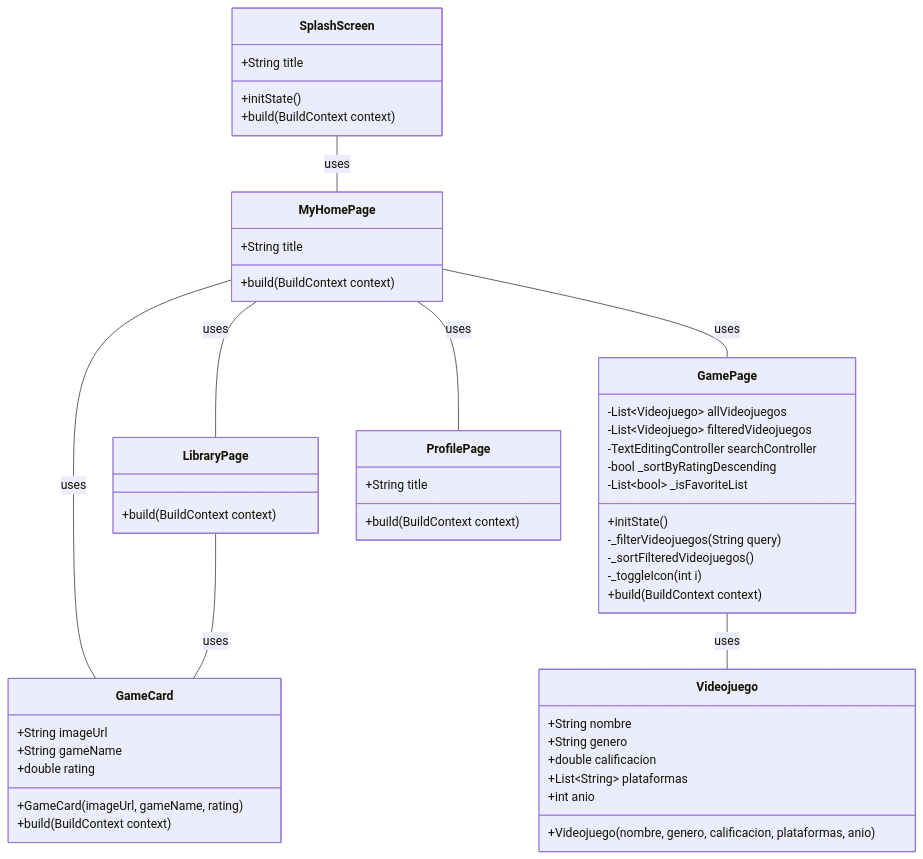
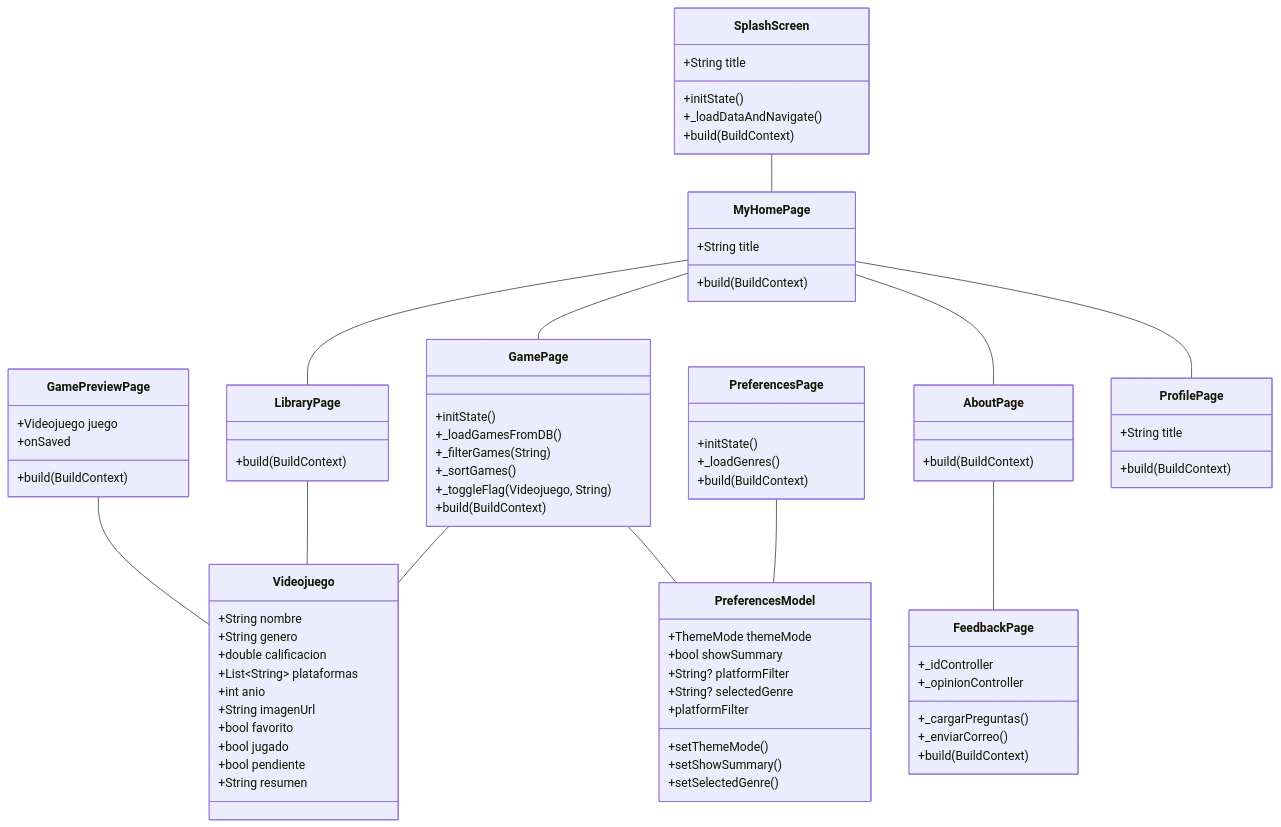
One commit to etoPok/dataNime changed the diagram in README.md. Above: the diagram before and after it, drawn with Mermaid. The commit also changed other lines of this file and 10 other files, not shown here.

````diff
--- a/README.md
+++ b/README.md
@@ -49,102 +59,93 @@
 ``` mermaid 
 classDiagram
-    class  Videojuego  {
-
+    class Videojuego {
         +String nombre
-
         +String genero
-
         +double calificacion
-
-        +List~String~  plataformas
-
+        +List~String~ plataformas
         +int anio
-
-        +Videojuego(nombre, genero, calificacion, plataformas, anio)
-
+        +String imagenUrl
+        +bool favorito
+        +bool jugado
+        +bool pendiente
+        +String resumen
     }
 
-    class  GamePage  {
-
-        -List~Videojuego~  allVideojuegos
-
-        -List~Videojuego~  filteredVideojuegos
-
-        -TextEditingController searchController
-
-        -bool _sortByRatingDescending
-
-        -List~bool~ _isFavoriteList
-
+    class GamePage {
         +initState()
-
-        -_filterVideojuegos(String query)
-
-        -_sortFilteredVideojuegos()
-
-        -_toggleIcon(int i)
-
-        +build(BuildContext context)
-
+        +_loadGamesFromDB()
+        +_filterGames(String)
+        +_sortGames()
+        +_toggleFlag(Videojuego, String)
+        +build(BuildContext)
     }
 
-    class  MyHomePage  {
-
-        +String title
-
-        +build(BuildContext context)
-
+    class LibraryPage {
+        +build(BuildContext)
     }
 
-    class  LibraryPage  {
-
-        +build(BuildContext context)
-
+    class GamePreviewPage {
+        +Videojuego juego
+        +onSaved
+        +build(BuildContext)
     }
 
-    class  ProfilePage  {
-
+    class MyHomePage {
         +String title
-
-        +build(BuildContext context)
-
+        +build(BuildContext)
     }
 
-    class  SplashScreen  {
-
-        +String title
-
-        +initState()
-
-        +build(BuildContext context)
-
+    class AboutPage {
+        +build(BuildContext)
     }
 
-    class  GameCard  {
-
-        +String imageUrl
-
-        +String gameName
-
-        +double rating
-
-        +GameCard(imageUrl, gameName, rating)
-
-        +build(BuildContext context)
-
+    class PreferencesPage {
+        +initState()
+        +_loadGenres()
+        +build(BuildContext)
     }
 
-GamePage  -- Videojuego: uses
+    class FeedbackPage {
+        +_idController
+        +_opinionController
+        +_cargarPreguntas()
+        +_enviarCorreo()
+        +build(BuildContext)
+    }
 
-MyHomePage  -- GameCard: uses
+    class SplashScreen {
+        +String title
+        +initState()
+        +_loadDataAndNavigate()
+        +build(BuildContext)
+    }
 
-LibraryPage  -- GameCard: uses
+    class PreferencesModel {
+        +ThemeMode themeMode
+        +bool showSummary
+        +String? platformFilter
+        +String? selectedGenre
+        +setThemeMode()
+        +setShowSummary()
+        +setSelectedGenre()
+        +platformFilter
+    }
 
-SplashScreen -- MyHomePage: uses
+    class ProfilePage {
+        +String title
+        +build(BuildContext)
+    }
 
-MyHomePage -- ProfilePage: uses
+    GamePage -- Videojuego
+    LibraryPage -- Videojuego
+    GamePreviewPage -- Videojuego
+    SplashScreen -- MyHomePage
+    MyHomePage -- GamePage
+    MyHomePage -- LibraryPage
+    MyHomePage -- AboutPage
+    MyHomePage -- ProfilePage
+    AboutPage -- FeedbackPage
+    PreferencesPage -- PreferencesModel
+    GamePage -- PreferencesModel
 
-MyHomePage -- LibraryPage: uses
-
-MyHomePage -- GamePage: uses
 ```
````
